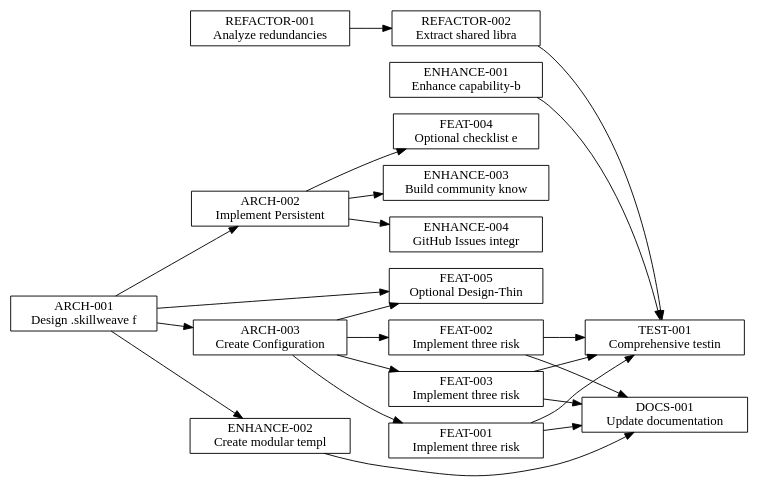
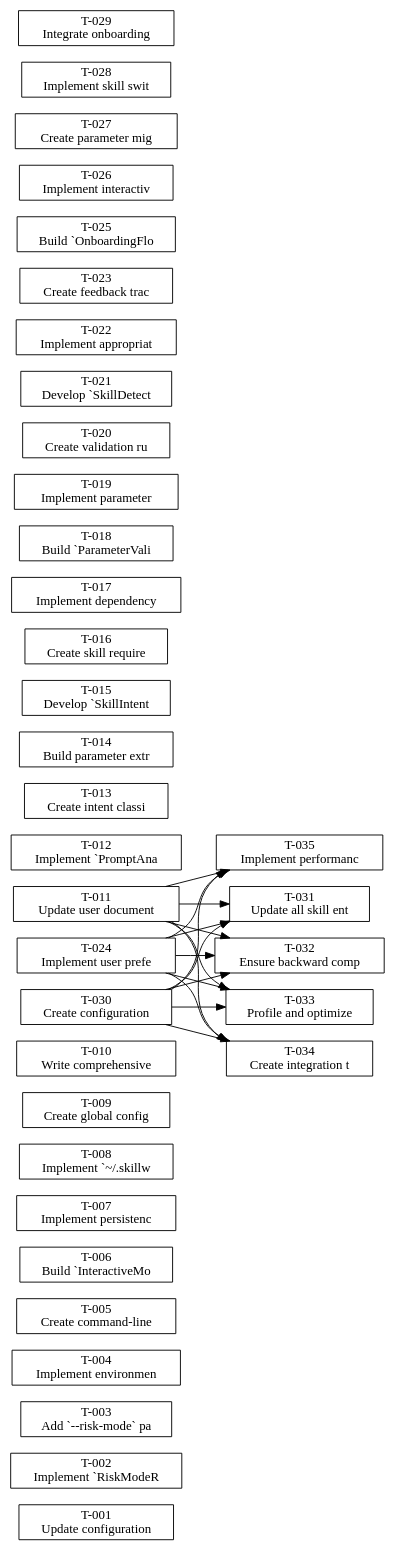
One commit to LangeVC/skillweave changed the diagram in dependency-graph.dot. Above: the diagram before and after it, drawn with Graphviz. The commit also changed 40 other files, not shown here.

```diff
--- a/dependency-graph.dot
+++ b/dependency-graph.dot
@@ -1,41 +1,54 @@
 digraph G {
   rankdir=LR;
   node [shape=box];
-  "ARCH-001" [label="ARCH-001\nDesign .skillweave f"];
-  "ARCH-002" [label="ARCH-002\nImplement Persistent"];
-  "ARCH-003" [label="ARCH-003\nCreate Configuration"];
-  "FEAT-001" [label="FEAT-001\nImplement three risk"];
-  "FEAT-002" [label="FEAT-002\nImplement three risk"];
-  "FEAT-003" [label="FEAT-003\nImplement three risk"];
-  "FEAT-004" [label="FEAT-004\nOptional checklist e"];
-  "FEAT-005" [label="FEAT-005\nOptional Design-Thin"];
-  "REFACTOR-001" [label="REFACTOR-001\nAnalyze redundancies"];
-  "REFACTOR-002" [label="REFACTOR-002\nExtract shared libra"];
-  "ENHANCE-001" [label="ENHANCE-001\nEnhance capability-b"];
-  "ENHANCE-002" [label="ENHANCE-002\nCreate modular templ"];
-  "ENHANCE-003" [label="ENHANCE-003\nBuild community know"];
-  "TEST-001" [label="TEST-001\nComprehensive testin"];
-  "DOCS-001" [label="DOCS-001\nUpdate documentation"];
-  "ENHANCE-004" [label="ENHANCE-004\nGitHub Issues integr"];
-  "ARCH-001" -> "ARCH-002";
-  "ARCH-001" -> "ARCH-003";
-  "ARCH-003" -> "FEAT-001";
-  "ARCH-003" -> "FEAT-002";
-  "ARCH-003" -> "FEAT-003";
-  "ARCH-002" -> "FEAT-004";
-  "ARCH-001" -> "FEAT-005";
-  "ARCH-003" -> "FEAT-005";
-  "REFACTOR-001" -> "REFACTOR-002";
-  "ARCH-001" -> "ENHANCE-002";
-  "ARCH-002" -> "ENHANCE-003";
-  "FEAT-003" -> "TEST-001";
-  "REFACTOR-002" -> "TEST-001";
-  "FEAT-001" -> "TEST-001";
-  "FEAT-002" -> "TEST-001";
-  "ENHANCE-001" -> "TEST-001";
-  "FEAT-001" -> "DOCS-001";
-  "FEAT-002" -> "DOCS-001";
-  "FEAT-003" -> "DOCS-001";
-  "ENHANCE-002" -> "DOCS-001";
-  "ARCH-002" -> "ENHANCE-004";
+  "T-001" [label="T-001\nUpdate configuration"];
+  "T-002" [label="T-002\nImplement `RiskModeR"];
+  "T-003" [label="T-003\nAdd `--risk-mode` pa"];
+  "T-004" [label="T-004\nImplement environmen"];
+  "T-005" [label="T-005\nCreate command-line "];
+  "T-006" [label="T-006\nBuild `InteractiveMo"];
+  "T-007" [label="T-007\nImplement persistenc"];
+  "T-008" [label="T-008\nImplement `~/.skillw"];
+  "T-009" [label="T-009\nCreate global config"];
+  "T-010" [label="T-010\nWrite comprehensive "];
+  "T-011" [label="T-011\nUpdate user document"];
+  "T-012" [label="T-012\nImplement `PromptAna"];
+  "T-013" [label="T-013\nCreate intent classi"];
+  "T-014" [label="T-014\nBuild parameter extr"];
+  "T-015" [label="T-015\nDevelop `SkillIntent"];
+  "T-016" [label="T-016\nCreate skill require"];
+  "T-017" [label="T-017\nImplement dependency"];
+  "T-018" [label="T-018\nBuild `ParameterVali"];
+  "T-019" [label="T-019\nImplement parameter "];
+  "T-020" [label="T-020\nCreate validation ru"];
+  "T-021" [label="T-021\nDevelop `SkillDetect"];
+  "T-022" [label="T-022\nImplement appropriat"];
+  "T-023" [label="T-023\nCreate feedback trac"];
+  "T-024" [label="T-024\nImplement user prefe"];
+  "T-025" [label="T-025\nBuild `OnboardingFlo"];
+  "T-026" [label="T-026\nImplement interactiv"];
+  "T-027" [label="T-027\nCreate parameter mig"];
+  "T-028" [label="T-028\nImplement skill swit"];
+  "T-029" [label="T-029\nIntegrate onboarding"];
+  "T-030" [label="T-030\nCreate configuration"];
+  "T-031" [label="T-031\nUpdate all skill ent"];
+  "T-032" [label="T-032\nEnsure backward comp"];
+  "T-033" [label="T-033\nProfile and optimize"];
+  "T-034" [label="T-034\nCreate integration t"];
+  "T-035" [label="T-035\nImplement performanc"];
+  "T-011" -> "T-031";
+  "T-011" -> "T-032";
+  "T-011" -> "T-033";
+  "T-011" -> "T-034";
+  "T-011" -> "T-035";
+  "T-024" -> "T-031";
+  "T-024" -> "T-032";
+  "T-024" -> "T-033";
+  "T-024" -> "T-034";
+  "T-024" -> "T-035";
+  "T-030" -> "T-031";
+  "T-030" -> "T-032";
+  "T-030" -> "T-033";
+  "T-030" -> "T-034";
+  "T-030" -> "T-035";
 }
```
